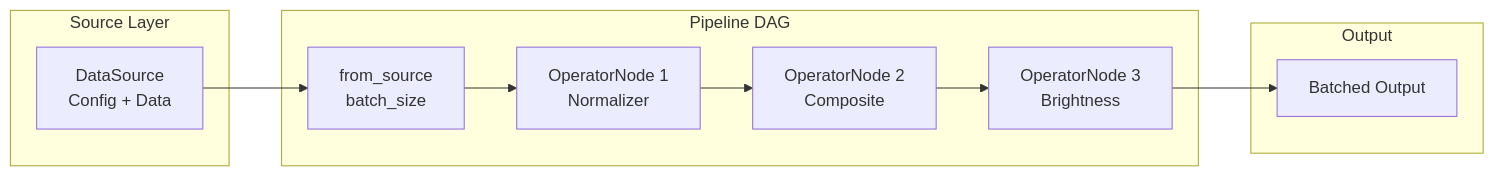
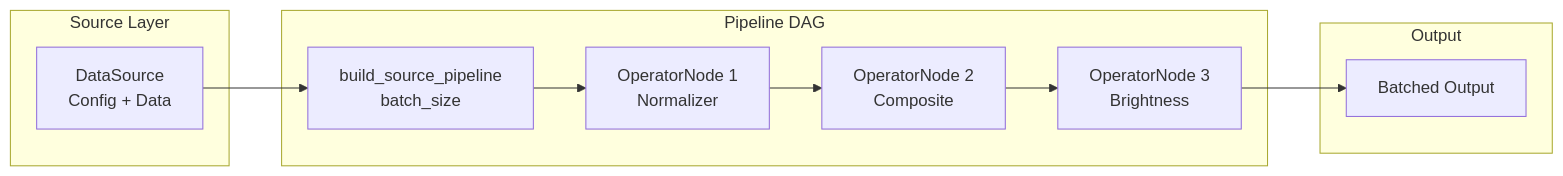
The diagram in docs/examples/core/pipeline-tutorial.md (avitai/datarax), drawn with Mermaid before and after one commit. The commit also changed other lines of this file and 368 other files, not shown here.

````diff
--- a/docs/examples/core/pipeline-tutorial.md
+++ b/docs/examples/core/pipeline-tutorial.md
@@ -65,19 +65,19 @@
 ```mermaid
 flowchart LR
     subgraph Source["Source Layer"]
         DS[DataSource<br/>Config + Data]
     end
 
     subgraph Pipeline["Pipeline DAG"]
-        FS[from_source<br/>batch_size]
+        FS[build_source_pipeline<br/>batch_size]
         ON1[OperatorNode 1<br/>Normalizer]
         ON2[OperatorNode 2<br/>Composite]
         ON3[OperatorNode 3<br/>Brightness]
     end
 
     subgraph Output["Output"]
         B[Batched Output]
     end
 
     DS --> FS --> ON1 --> ON2 --> ON3 --> B
 ```
````
